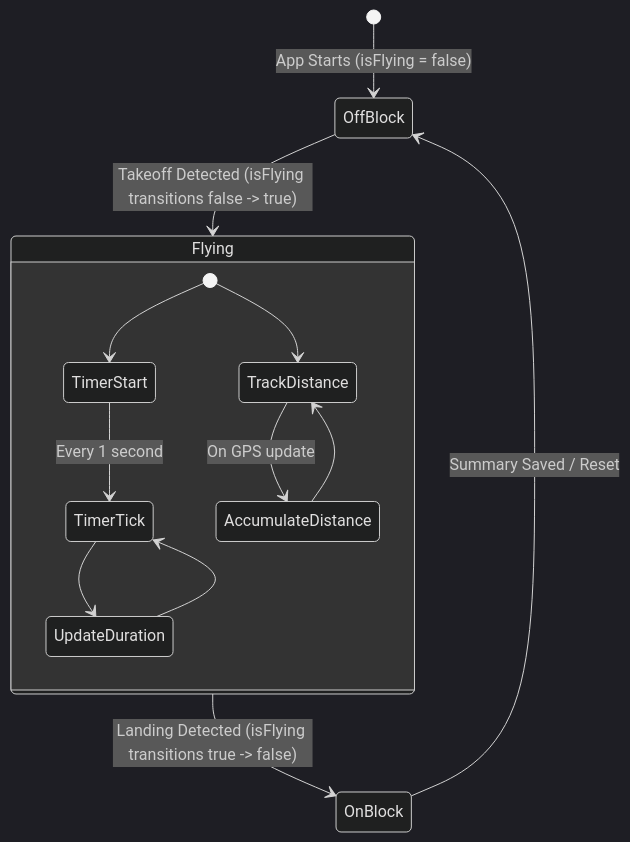
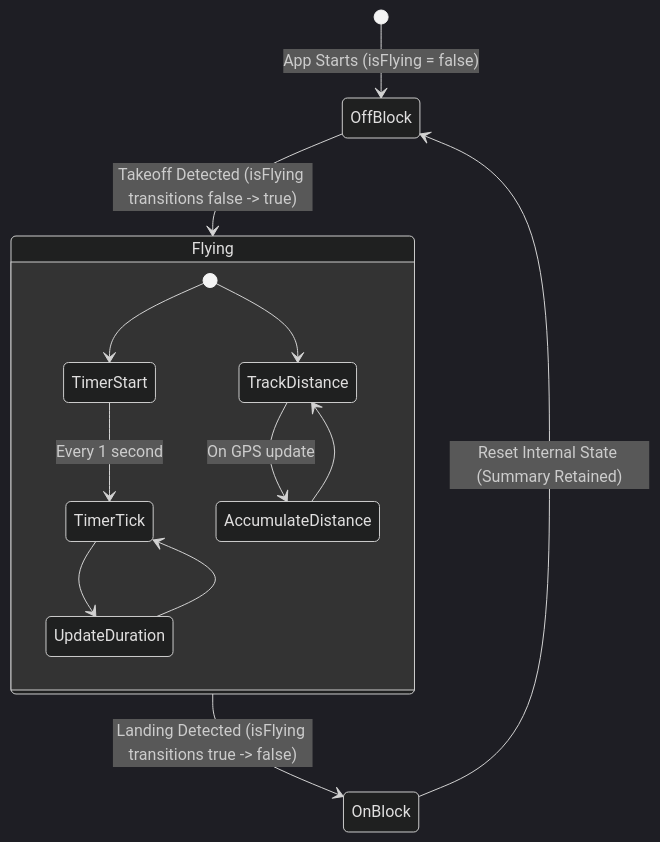
One commit to jobes/stork changed the diagram in documentation/features/flight-duration-tracking.md. Above: the diagram before and after it, drawn with Mermaid (dark theme). The commit also changed other lines of this file, not shown here.

Commit message:
docs: clarify flight summary retention logic during state reset in tracking documentation

````diff
--- a/documentation/features/flight-duration-tracking.md
+++ b/documentation/features/flight-duration-tracking.md
@@ -22,17 +22,17 @@
 ```mermaid
 stateDiagram-v2
     [*] --> OffBlock : App Starts (isFlying = false)
     OffBlock --> Flying : Takeoff Detected (isFlying transitions false -> true)
     state Flying {
         [*] --> TimerStart
         TimerStart --> TimerTick : Every 1 second
         TimerTick --> UpdateDuration
         UpdateDuration --> TimerTick
         
         [*] --> TrackDistance
         TrackDistance --> AccumulateDistance : On GPS update
         AccumulateDistance --> TrackDistance
     }
     Flying --> OnBlock : Landing Detected (isFlying transitions true -> false)
-    OnBlock --> OffBlock : Summary Saved / Reset
+    OnBlock --> OffBlock : Reset Internal State (Summary Retained)
 ```
````
